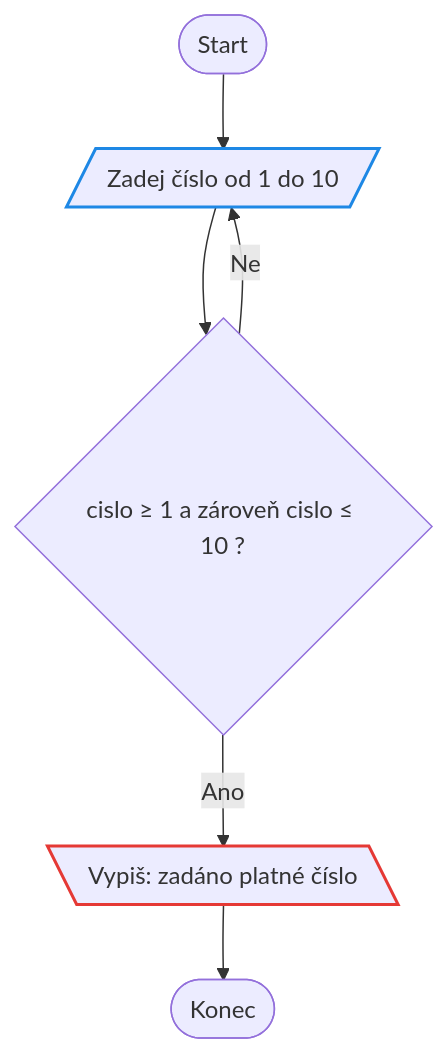
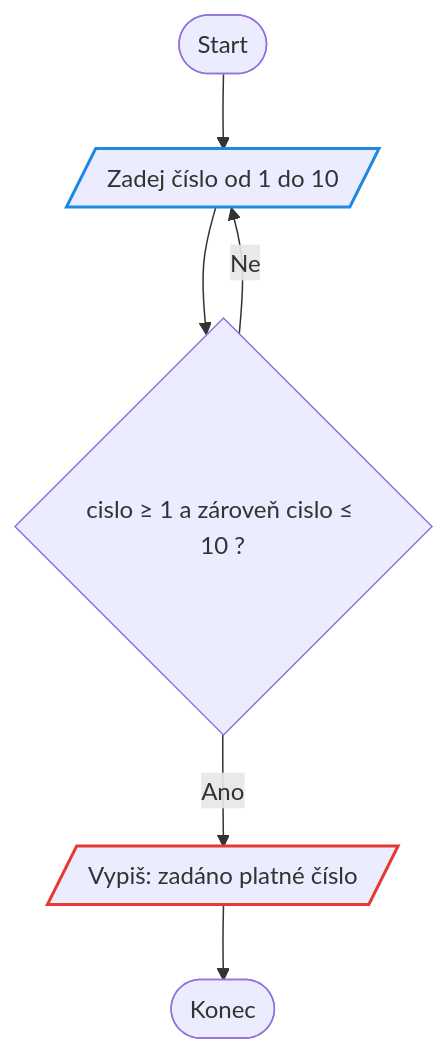
The fifth of 15 diagrams in 3Hodina/reseni.md (zeman-delta/Prvaci2026), drawn with Mermaid before and after one commit. The commit also changed other lines of this file and 1 other file, not shown here.

````diff
--- a/3Hodina/reseni.md
+++ b/3Hodina/reseni.md
@@ -123,13 +123,13 @@
 ```mermaid
 flowchart TD
     S([Start]) --> V[/"Zadej číslo od 1 do 10"/]
     V --> D{"cislo ≥ 1 a zároveň cislo ≤ 10 ?"}
     D -->|Ne| V
-    D -->|Ano| O[\"Vypiš: zadáno platné číslo"\]
+    D -->|Ano| O[/"Vypiš: zadáno platné číslo"/]
     O --> K([Konec])
 
     classDef vstup stroke:#1e88e5,stroke-width:2px
     classDef vystup stroke:#e53935,stroke-width:2px
     class V vstup
     class O vystup
 ```
````
